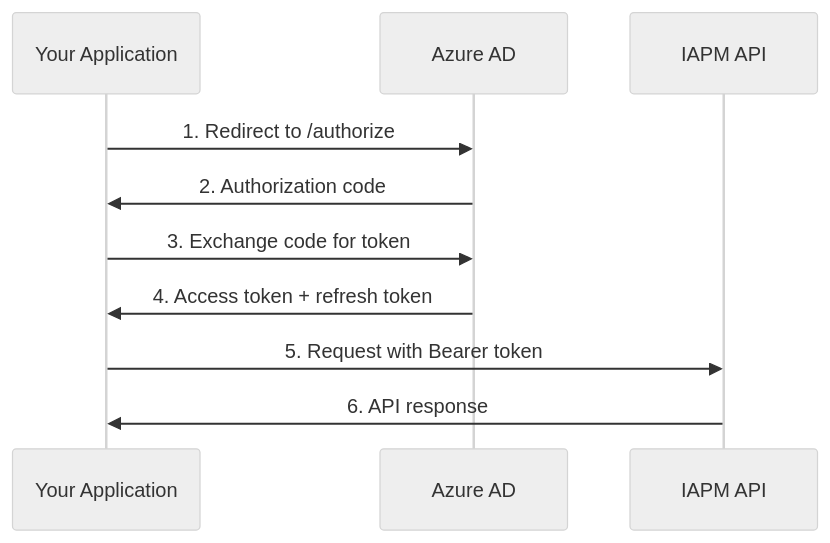
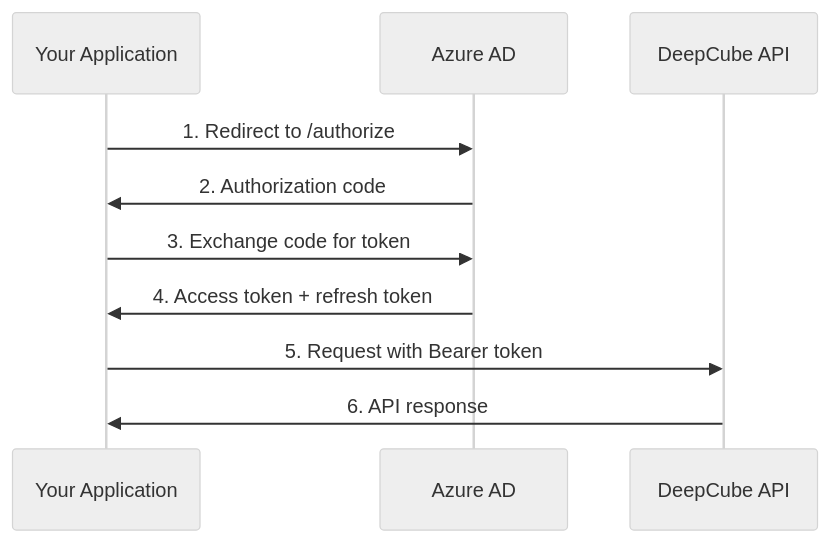
Before and after one commit to ImmersiveFusion/deepcube-docs: the diagram in docs/Resources/API/authentication.md, drawn with Mermaid (neutral theme). The commit also changed other lines of this file and 99 other files, not shown here.

First line of the commit message:
docs(rename): IAPM to DeepCube, prose track only (SP-074 stream A)

````diff
--- a/docs/Resources/API/authentication.md
+++ b/docs/Resources/API/authentication.md
@@ -17,13 +17,13 @@
 ```mermaid
 sequenceDiagram
     participant App as Your Application
     participant Azure as Azure AD
-    participant API as IAPM API
+    participant API as DeepCube API
 
     App->>Azure: 1. Redirect to /authorize
     Azure->>App: 2. Authorization code
     App->>Azure: 3. Exchange code for token
     Azure->>App: 4. Access token + refresh token
     App->>API: 5. Request with Bearer token
     API->>App: 6. API response
 ```
````
